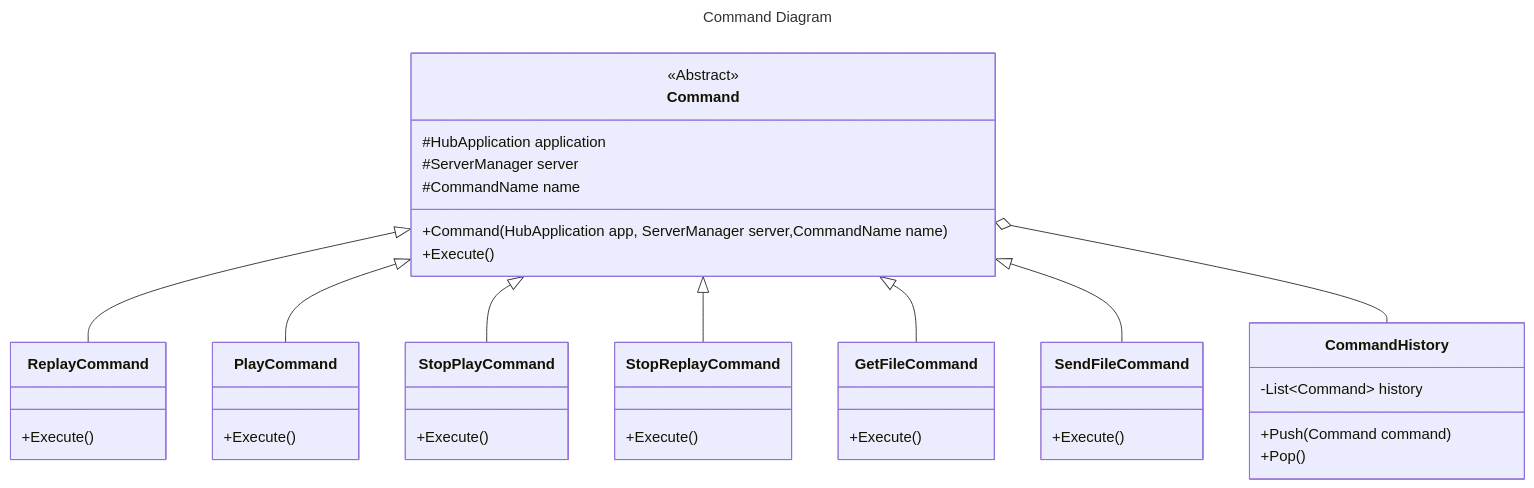
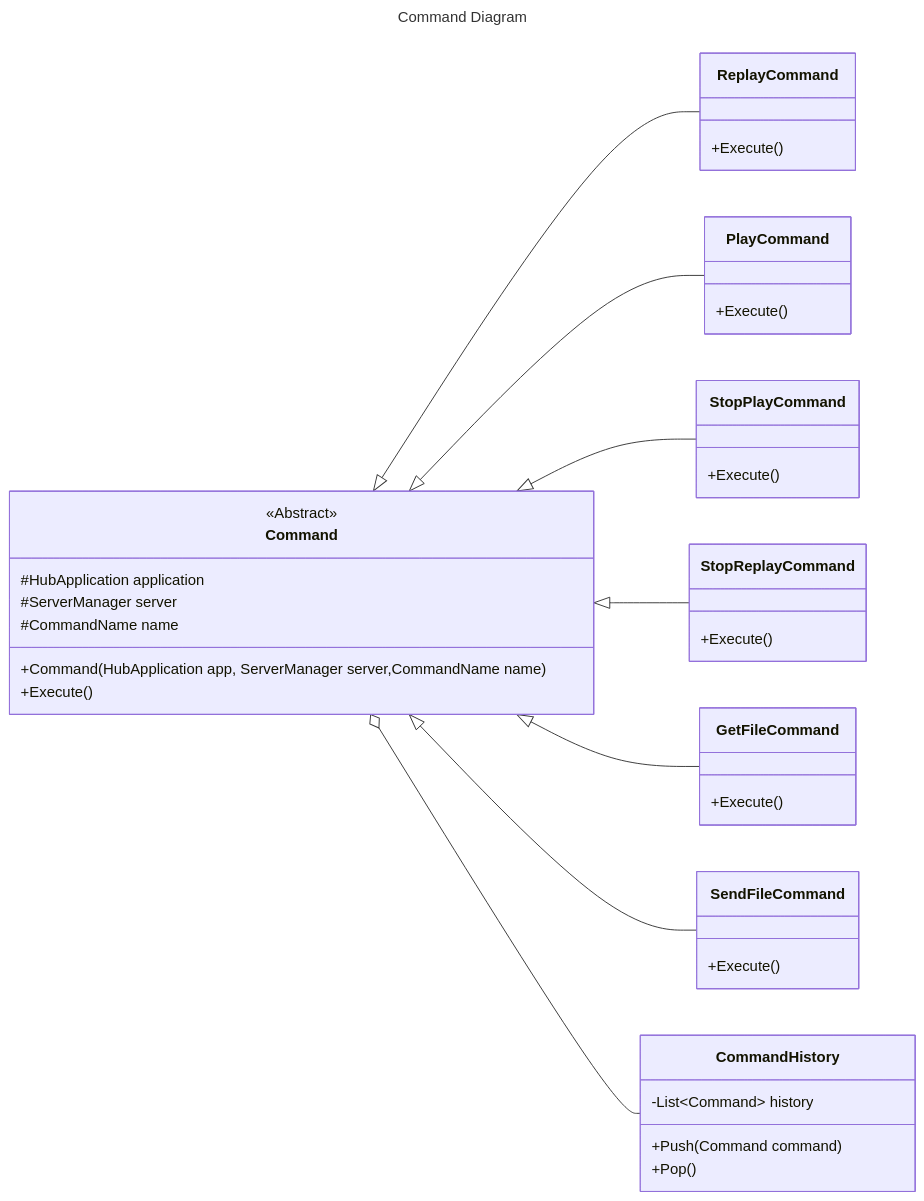
One commit to cmcm21/QAUnityTool changed the second of 3 diagrams in sniffer_vault/Architecture/Sniffer Hub.md. Above: the diagram before and after it, drawn with Mermaid. The commit also changed other lines of this file and 11 other files, not shown here.

````diff
--- a/sniffer_vault/Architecture/Sniffer Hub.md
+++ b/sniffer_vault/Architecture/Sniffer Hub.md
@@ -54,55 +55,55 @@
 ```mermaid
 ---
 title: Command Diagram
 ---
 classDiagram
-direction TB
+direction LR
 class Command{
 <<Abstract>>
 	#HubApplication application
 	#ServerManager server 
 	#CommandName name
 	+Command(HubApplication app, ServerManager server,CommandName name)	 
 	+Execute()
 }
 
 
 class ReplayCommand{
 	+Execute()
 }
 
 class PlayCommand{
 	+Execute()
 }
 
 class StopPlayCommand{
 	+Execute()
 }
 
 class StopReplayCommand{
 	+Execute()
 }
 
 class GetFileCommand{
 	+Execute()
 }
 
 class SendFileCommand{
 	+Execute()
 }
 
 class CommandHistory{
 	-List~Command~ history
 	 +Push(Command command)
 	 +Pop()
 }
 
 Command <|--ReplayCommand
 Command <|--PlayCommand
 Command <|--StopPlayCommand
 Command <|--StopReplayCommand
 Command <|--GetFileCommand
 Command <|--SendFileCommand
 Command o--CommandHistory
 
 ```
````
